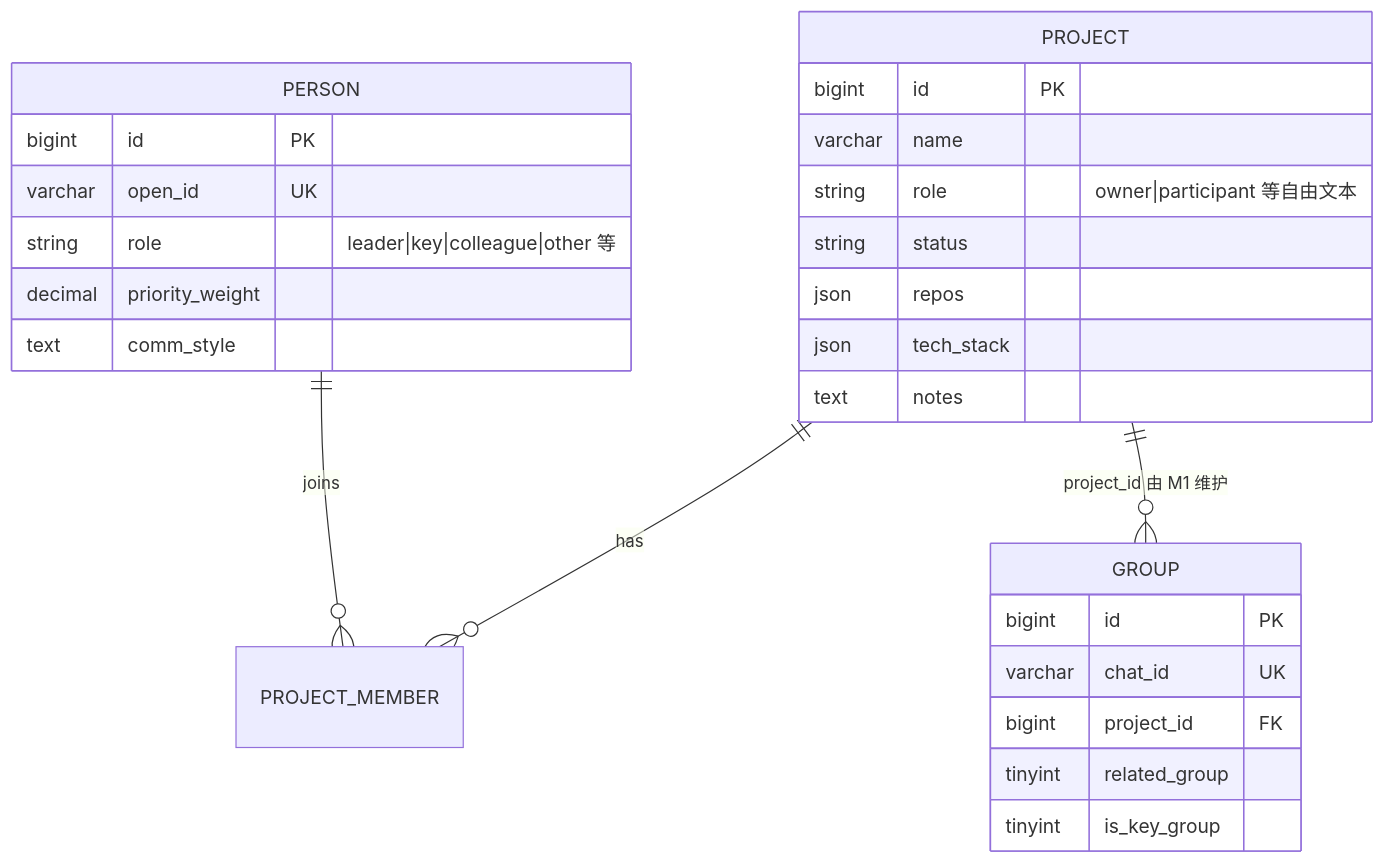
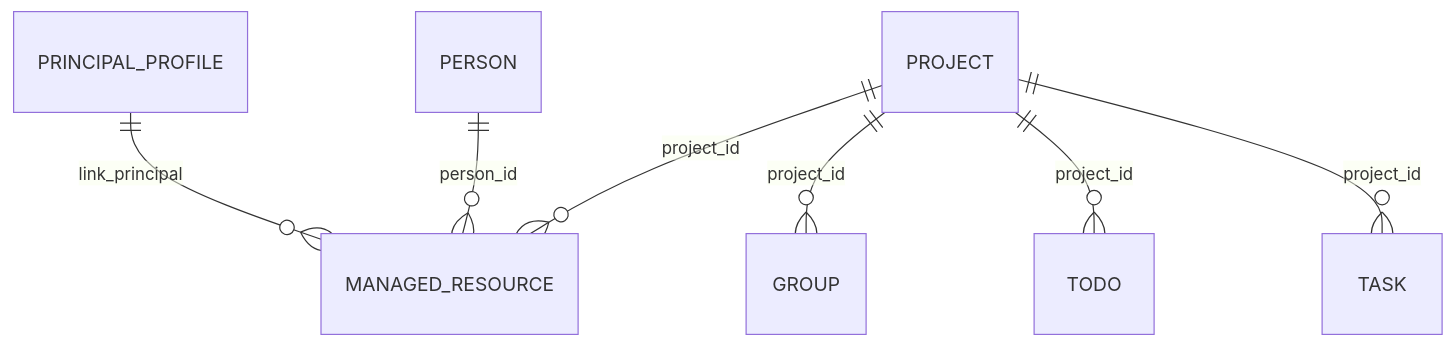
The diagram in docs/modules/01-background.md (mjscjj/jarvis), drawn with Mermaid before and after one commit. The commit also changed other lines of this file and 68 other files, not shown here.

````diff
--- a/docs/modules/01-background.md
+++ b/docs/modules/01-background.md
@@ -24,29 +21,9 @@
 ```mermaid
 erDiagram
-    PROJECT ||--o{ PROJECT_MEMBER : has
-    PERSON  ||--o{ PROJECT_MEMBER : joins
-    PROJECT ||--o{ GROUP : "project_id 由 M1 维护"
-    PROJECT {
-        bigint id PK
-        varchar name
-        string role "owner|participant 等自由文本"
-        string status
-        json repos
-        json tech_stack
-        text notes
-    }
-    PERSON {
-        bigint id PK
-        varchar open_id UK
-        string role "leader|key|colleague|other 等"
-        decimal priority_weight
-        text comm_style
-    }
-    GROUP {
-        bigint id PK
-        varchar chat_id UK
-        bigint project_id FK
-        tinyint related_group
-        tinyint is_key_group
-    }
+    PROJECT ||--o{ GROUP : "project_id"
+    PROJECT ||--o{ MANAGED_RESOURCE : "project_id"
+    PERSON ||--o{ MANAGED_RESOURCE : "person_id"
+    PRINCIPAL_PROFILE ||--o{ MANAGED_RESOURCE : "link_principal"
+    PROJECT ||--o{ TODO : "project_id"
+    PROJECT ||--o{ TASK : "project_id"
 ```
````
